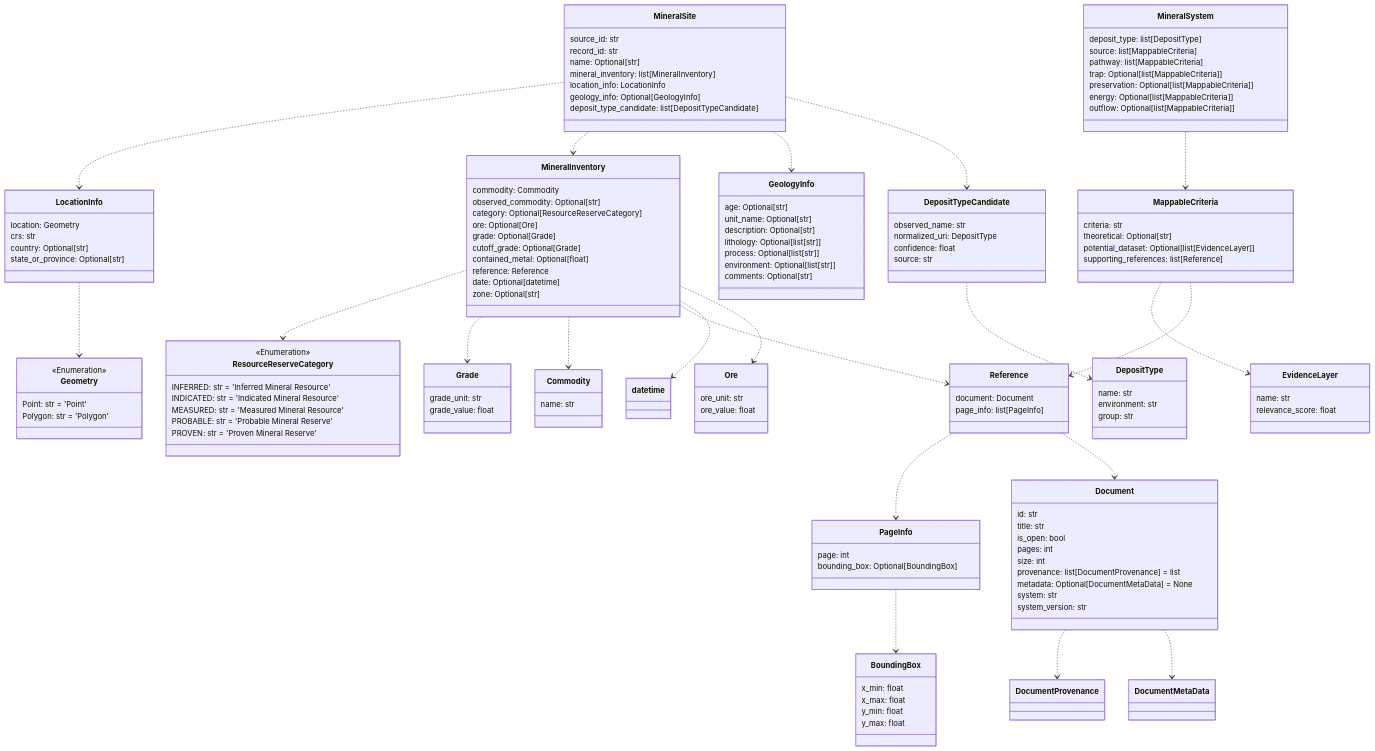
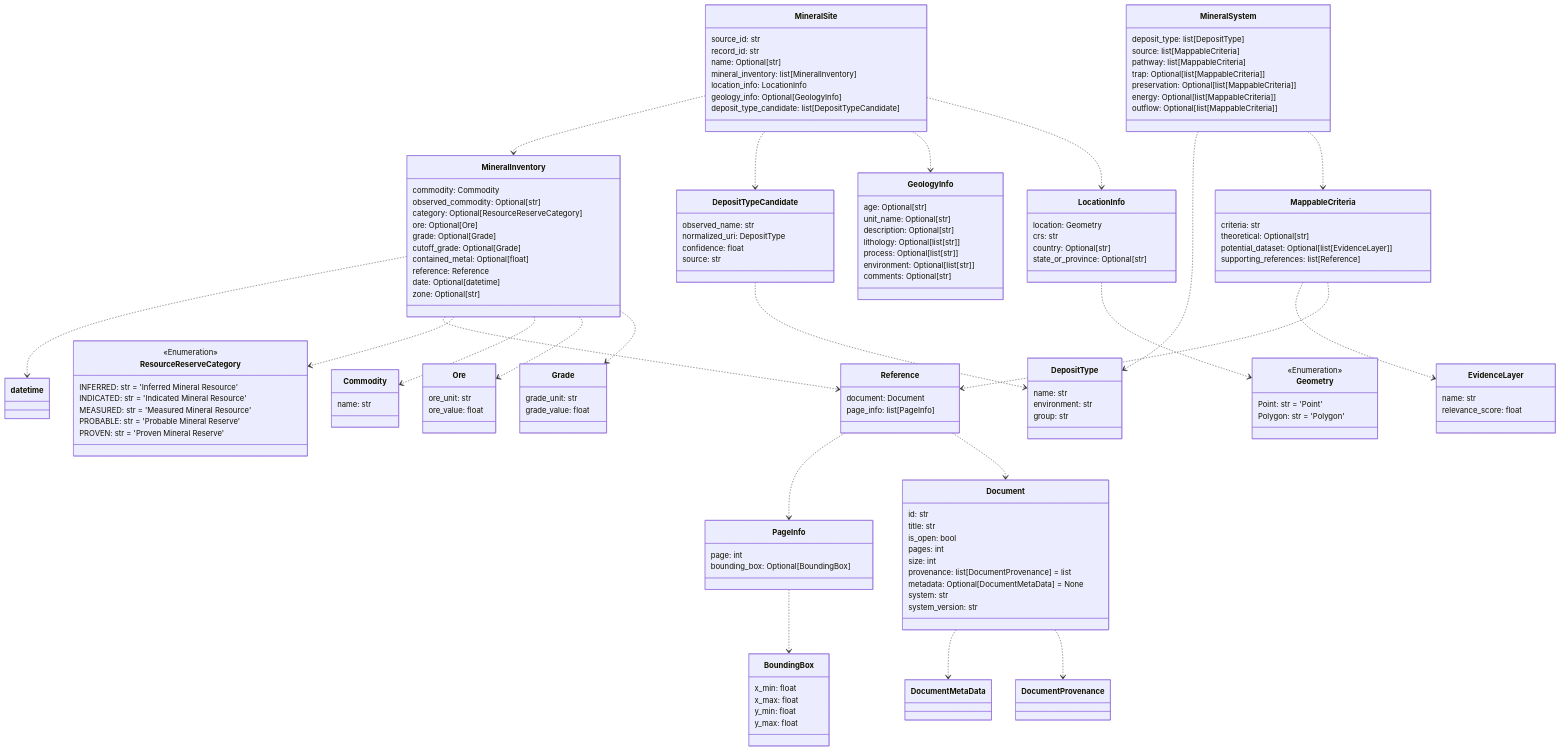
One commit to DARPA-CRITICALMAAS/cdr_schemas changed the tenth of 12 diagrams in README.md. Above: the diagram before and after it, drawn with Mermaid. The commit also changed other lines of this file, not shown here.

````diff
--- a/README.md
+++ b/README.md
@@ -775,46 +737,20 @@
 ```mermaid
 classDiagram
 
-    class DepositTypeCandidate {
-        observed_name: str
-        normalized_uri: DepositType
-        confidence: float
-        source: str
+    class BoundingBox {
+        x_min: float
+        x_max: float
+        y_min: float
+        y_max: float
     }
 
-    class MineralInventory {
-        commodity: Commodity
-        observed_commodity: Optional[str]
-        category: Optional[ResourceReserveCategory]
-        ore: Optional[Ore]
-        grade: Optional[Grade]
-        cutoff_grade: Optional[Grade]
-        contained_metal: Optional[float]
-        reference: Reference
-        date: Optional[datetime]
-        zone: Optional[str]
+    class Commodity {
+        name: str
     }
 
-    class DepositType {
+    class EvidenceLayer {
         name: str
-        environment: str
-        group: str
-    }
-
-    class MineralSystem {
-        deposit_type: list[DepositType]
-        source: list[MappableCriteria]
-        pathway: list[MappableCriteria]
-        trap: Optional[list[MappableCriteria]]
-        preservation: Optional[list[MappableCriteria]]
-        energy: Optional[list[MappableCriteria]]
-        outflow: Optional[list[MappableCriteria]]
-    }
-
-    class Geometry {
-        <<Enumeration>>
-        Point: str = 'Point'
-        Polygon: str = 'Polygon'
+        relevance_score: float
     }
 
     class GeologyInfo {
@@ -825,61 +761,6 @@
         process: Optional[list[str]]
         environment: Optional[list[str]]
         comments: Optional[str]
-    }
-
-    class Reference {
-        document: Document
-        page_info: list[PageInfo]
-    }
-
-    class BoundingBox {
-        x_min: float
-        x_max: float
-        y_min: float
-        y_max: float
-    }
-
-    class Ore {
-        ore_unit: str
-        ore_value: float
-    }
-
-    class Document {
-        id: str
-        title: str
-        is_open: bool
-        pages: int
-        size: int
-        provenance: list[DocumentProvenance] = list
-        metadata: Optional[DocumentMetaData] = None
-        system: str
-        system_version: str
-    }
-
-    class ResourceReserveCategory {
-        <<Enumeration>>
-        INFERRED: str = 'Inferred Mineral Resource'
-        INDICATED: str = 'Indicated Mineral Resource'
-        MEASURED: str = 'Measured Mineral Resource'
-        PROBABLE: str = 'Probable Mineral Reserve'
-        PROVEN: str = 'Proven Mineral Reserve'
-    }
-
-    class MappableCriteria {
-        criteria: str
-        theoretical: Optional[str]
-        potential_dataset: Optional[list[EvidenceLayer]]
-        supporting_references: list[Reference]
-    }
-
-    class MineralSite {
-        source_id: str
-        record_id: str
-        name: Optional[str]
-        mineral_inventory: list[MineralInventory]
-        location_info: LocationInfo
-        geology_info: Optional[GeologyInfo]
-        deposit_type_candidate: list[DepositTypeCandidate]
     }
 
     class Grade {
@@ -899,35 +780,117 @@
         bounding_box: Optional[BoundingBox]
     }
 
-    class Commodity {
-        name: str
+    class DepositTypeCandidate {
+        observed_name: str
+        normalized_uri: DepositType
+        confidence: float
+        source: str
     }
 
-    class EvidenceLayer {
-        name: str
-        relevance_score: float
+    class ResourceReserveCategory {
+        <<Enumeration>>
+        INFERRED: str = 'Inferred Mineral Resource'
+        INDICATED: str = 'Indicated Mineral Resource'
+        MEASURED: str = 'Measured Mineral Resource'
+        PROBABLE: str = 'Probable Mineral Reserve'
+        PROVEN: str = 'Proven Mineral Reserve'
     }
 
+    class Document {
+        id: str
+        title: str
+        is_open: bool
+        pages: int
+        size: int
+        provenance: list[DocumentProvenance] = list
+        metadata: Optional[DocumentMetaData] = None
+        system: str
+        system_version: str
+    }
+
+    class DepositType {
+        name: str
+        environment: str
+        group: str
+    }
+
+    class MineralSite {
+        source_id: str
+        record_id: str
+        name: Optional[str]
+        mineral_inventory: list[MineralInventory]
+        location_info: LocationInfo
+        geology_info: Optional[GeologyInfo]
+        deposit_type_candidate: list[DepositTypeCandidate]
+    }
+
+    class Ore {
+        ore_unit: str
+        ore_value: float
+    }
+
+    class MineralInventory {
+        commodity: Commodity
+        observed_commodity: Optional[str]
+        category: Optional[ResourceReserveCategory]
+        ore: Optional[Ore]
+        grade: Optional[Grade]
+        cutoff_grade: Optional[Grade]
+        contained_metal: Optional[float]
+        reference: Reference
+        date: Optional[datetime]
+        zone: Optional[str]
+    }
+
+    class Reference {
+        document: Document
+        page_info: list[PageInfo]
+    }
+
+    class Geometry {
+        <<Enumeration>>
+        Point: str = 'Point'
+        Polygon: str = 'Polygon'
+    }
+
+    class MineralSystem {
+        deposit_type: list[DepositType]
+        source: list[MappableCriteria]
+        pathway: list[MappableCriteria]
+        trap: Optional[list[MappableCriteria]]
+        preservation: Optional[list[MappableCriteria]]
+        energy: Optional[list[MappableCriteria]]
+        outflow: Optional[list[MappableCriteria]]
+    }
+
+    class MappableCriteria {
+        criteria: str
+        theoretical: Optional[str]
+        potential_dataset: Optional[list[EvidenceLayer]]
+        supporting_references: list[Reference]
+    }
+
+    Document ..> DocumentMetaData
     Document ..> DocumentProvenance
-    Document ..> DocumentMetaData
     DepositTypeCandidate ..> DepositType
     PageInfo ..> BoundingBox
     Reference ..> PageInfo
     Reference ..> Document
     MappableCriteria ..> EvidenceLayer
     MappableCriteria ..> Reference
+    MineralSystem ..> DepositType
     MineralSystem ..> MappableCriteria
+    MineralInventory ..> datetime
+    MineralInventory ..> Reference
     MineralInventory ..> ResourceReserveCategory
+    MineralInventory ..> Commodity
+    MineralInventory ..> Ore
     MineralInventory ..> Grade
-    MineralInventory ..> Commodity
-    MineralInventory ..> Reference
-    MineralInventory ..> datetime
-    MineralInventory ..> Ore
     LocationInfo ..> Geometry
+    MineralSite ..> MineralInventory
+    MineralSite ..> DepositTypeCandidate
+    MineralSite ..> GeologyInfo
     MineralSite ..> LocationInfo
-    MineralSite ..> MineralInventory
-    MineralSite ..> GeologyInfo
-    MineralSite ..> DepositTypeCandidate
 
 
 ```
````
